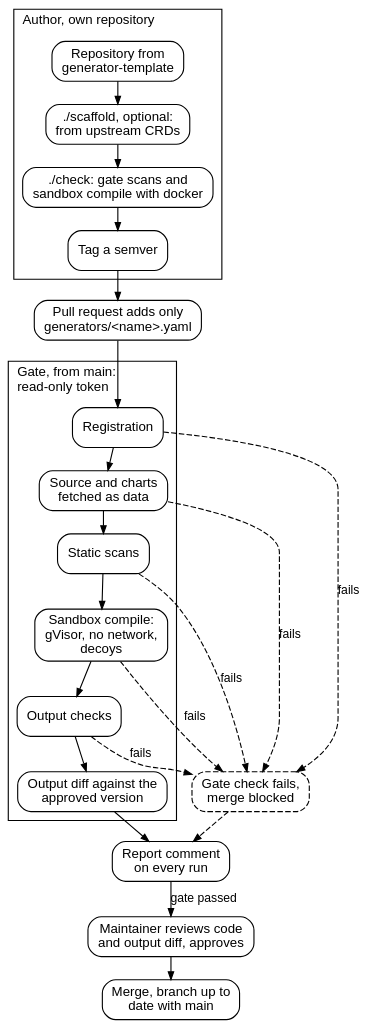
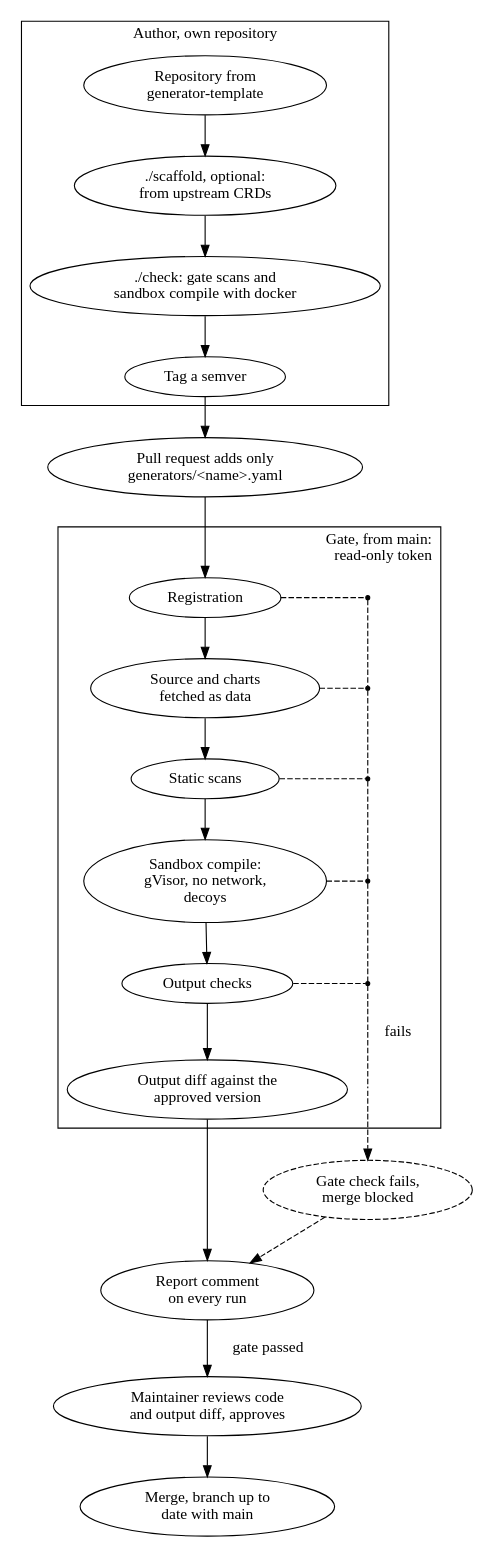
Before and after one commit to kadet-hub/registry: the diagram in catalog/site/assets/diagrams/listing.dot, drawn with Graphviz. The commit also changed 39 other files, not shown here.

First line of the commit message:
feat(catalog): Harbour head bands, spot drawings and diagrams on the inner pages

```diff
--- a/catalog/site/assets/diagrams/listing.dot
+++ b/catalog/site/assets/diagrams/listing.dot
@@ -1,46 +1,50 @@
-// CAT-35: listing a new generator. Rendered with Graphviz 14.1.4; ./render regenerates listing.svg.
+// CAT-35: listing a new generator. Rendered with Graphviz 16.1.1; ./render sets the look the six diagrams share and regenerates listing.svg.
 digraph listing {
-  bgcolor=transparent; nodesep=0.3; ranksep=0.28;
-  fontname="Helvetica,Arial,sans-serif"; fontsize=12; labeljust=l;
-  node [shape=box style=rounded fontname="Helvetica,Arial,sans-serif" fontsize=12 margin="0.12,0.05"];
-  edge [fontname="Helvetica,Arial,sans-serif" fontsize=11 arrowsize=0.7];
-
+  node [group="flow"];
   subgraph cluster_author {
     label="Author, own repository";
     template [label="Repository from\ngenerator-template"];
     scaffold [label="./scaffold, optional:\nfrom upstream CRDs"];
     check [label="./check: gate scans and\nsandbox compile with docker"];
     tag [label="Tag a semver"];
     template -> scaffold -> check -> tag;
   }
 
   pr [label="Pull request adds only\ngenerators/<name>.yaml"];
   tag -> pr;
 
   subgraph cluster_gate {
-    label="Gate, from main:\lread-only token\l";
+    label="Gate, from main:\rread-only token\r"; labeljust=r;
     registration [label="Registration"];
     source [label="Source and charts\nfetched as data"];
     scans [label="Static scans"];
     sandbox [label="Sandbox compile:\ngVisor, no network,\ndecoys"];
     output [label="Output checks"];
     diff [label="Output diff against the\napproved version"];
     registration -> source -> scans -> sandbox -> output -> diff;
+
+    // one line collects the failure of every check and leaves the gate at its end
+    node [group="fails" shape=point width=0.05 class="fail"];
+    edge [class="fail" style=dashed arrowhead=none weight=5];
+    {rank=same; registration -> f1}
+    {rank=same; source -> f2}
+    {rank=same; scans -> f3}
+    {rank=same; sandbox -> f4}
+    {rank=same; output -> f5}
+    {rank=same; diff; out [style=invis width=0]}
+    f1 -> f2 -> f3 -> f4 -> f5;
+    f5 -> out [label="   fails   "];
   }
   pr -> registration;
 
-  red [label="Gate check fails,\nmerge blocked" class="fail" style="rounded,dashed"];
-  registration -> red [label="fails" class="fail" style=dashed];
-  source -> red [label="fails" class="fail" style=dashed];
-  scans -> red [label="fails" class="fail" style=dashed];
-  sandbox -> red [label="fails" class="fail" style=dashed];
-  output -> red [label="fails" class="fail" style=dashed];
+  red [label="Gate check fails,\nmerge blocked" group="fails" class="fail" style="rounded,dashed"];
+  out -> red [class="fail" style=dashed];
 
   comment [label="Report comment\non every run"];
   diff -> comment;
   red -> comment [class="fail" style=dashed];
   review [label="Maintainer reviews code\nand output diff, approves"];
   merge [label="Merge, branch up to\ndate with main"];
-  comment -> review [label="gate passed"];
+  comment -> review [label="   gate passed   "];
   review -> merge;
 }
```
